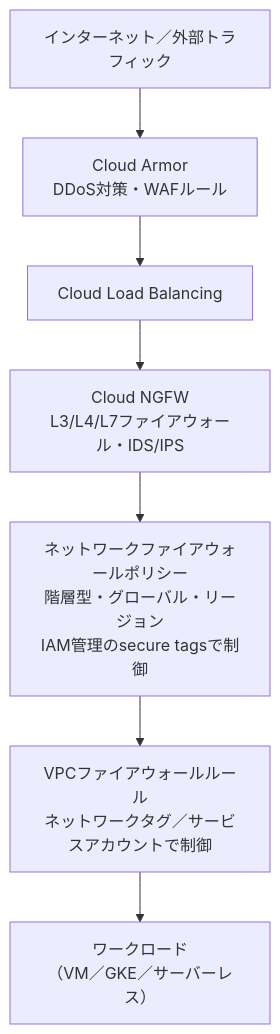
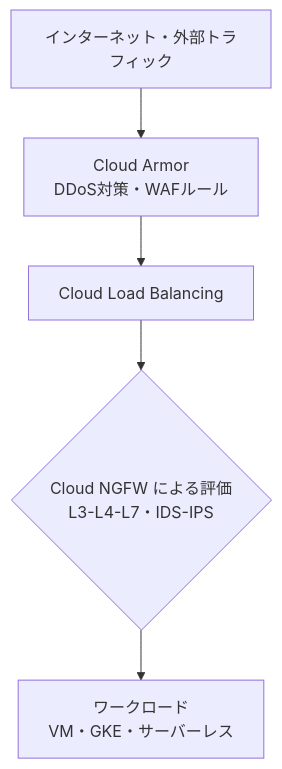
One commit to myoshi2891/Cloud-Infrastructure-Studies changed the fourth of 18 diagrams in Gcp-pca-section2-managing-provisioning.md. Above: the diagram before and after it, drawn with Mermaid. The commit also changed other lines of this file, not shown here.

Commit message:
docs(gcp): enhance PCA network security diagrams and storage details

````diff
--- a/Gcp-pca-section2-managing-provisioning.md
+++ b/Gcp-pca-section2-managing-provisioning.md
@@ -149,9 +151,7 @@
 ```mermaid
 graph TD
-    Internet["インターネット／外部トラフィック"] --> Armor["Cloud Armor<br/>DDoS対策・WAFルール"]
+    Internet["インターネット・外部トラフィック"] --> Armor["Cloud Armor<br/>DDoS対策・WAFルール"]
     Armor --> LB["Cloud Load Balancing"]
-    LB --> NGFW["Cloud NGFW<br/>L3/L4/L7ファイアウォール・IDS/IPS"]
-    NGFW --> Policy["ネットワークファイアウォールポリシー<br/>階層型・グローバル・リージョン<br/>IAM管理のsecure tagsで制御"]
-    Policy --> VPCFW["VPCファイアウォールルール<br/>ネットワークタグ／サービスアカウントで制御"]
-    VPCFW --> Workload["ワークロード<br/>（VM／GKE／サーバーレス）"]
+    LB --> FW{"Cloud NGFW による評価<br/>L3-L4-L7・IDS-IPS"}
+    FW --> Workload["ワークロード<br/>VM・GKE・サーバーレス"]
 ```
````
